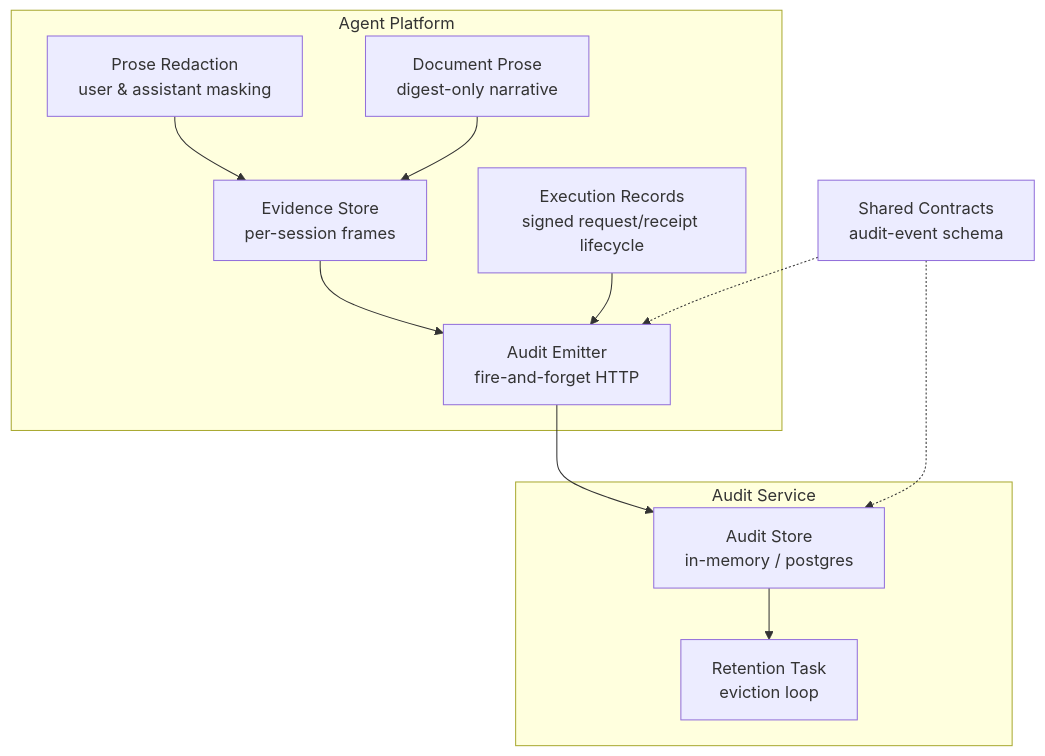
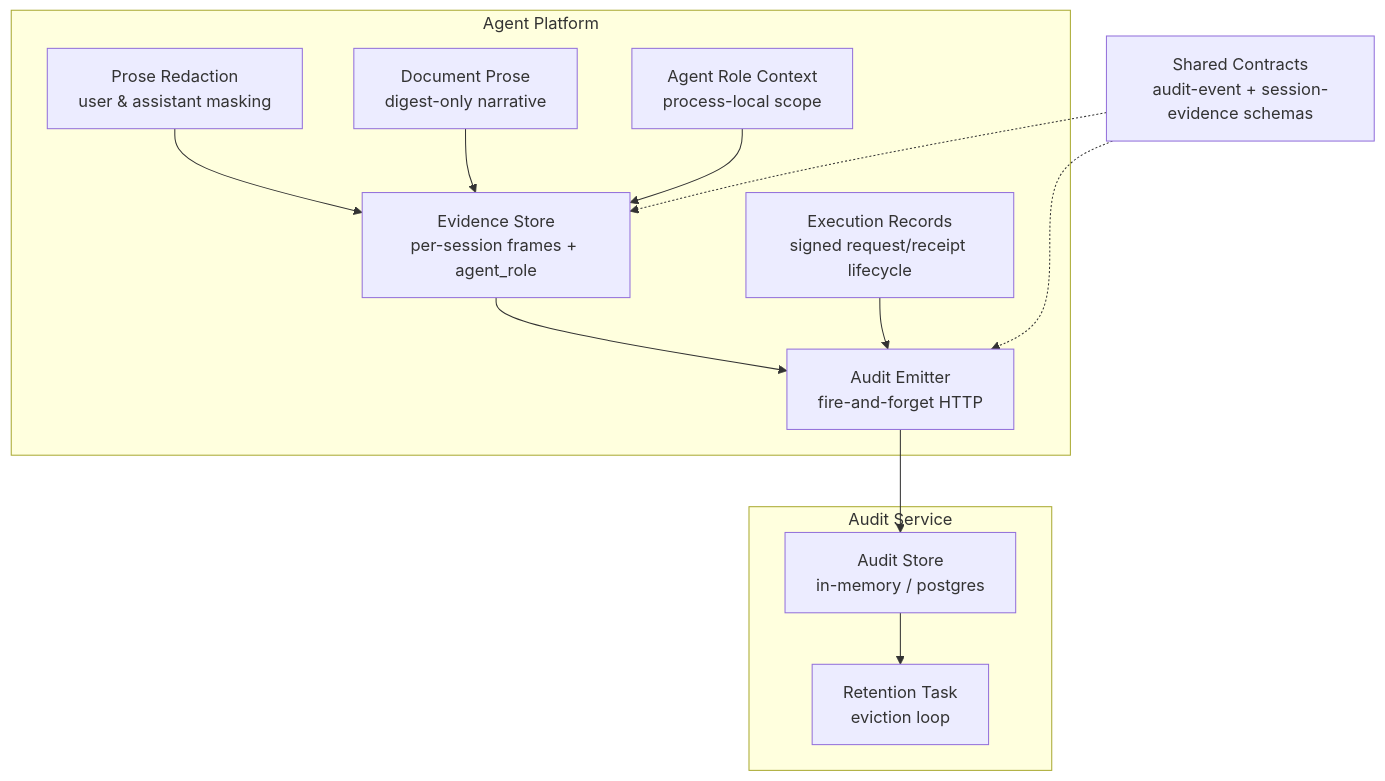
Before and after one commit to metasync/luban-aiops: the first of 12 diagrams in .qoder/repowiki/en/content/Core Services/Agent Platform/Evidence Storage and Audit Trail.md, drawn with Mermaid. The commit also changed other lines of this file and 219 other files, not shown here.

````diff
--- a/.qoder/repowiki/en/content/Core Services/Agent Platform/Evidence Storage and Audit Trail.md
+++ b/.qoder/repowiki/en/content/Core Services/Agent Platform/Evidence Storage and Audit Trail.md
@@ -42,23 +55,25 @@
 ```mermaid
 graph TB
 subgraph "Agent Platform"
-A["Evidence Store<br/>per-session frames"]
+A["Evidence Store<br/>per-session frames + agent_role"]
 B["Audit Emitter<br/>fire-and-forget HTTP"]
 C["Prose Redaction<br/>user & assistant masking"]
 D["Document Prose<br/>digest-only narrative"]
 E["Execution Records<br/>signed request/receipt lifecycle"]
+F["Agent Role Context<br/>process-local scope"]
 end
 subgraph "Audit Service"
-F["Audit Store<br/>in-memory / postgres"]
-G["Retention Task<br/>eviction loop"]
+G["Audit Store<br/>in-memory / postgres"]
+H["Retention Task<br/>eviction loop"]
 end
-H["Shared Contracts<br/>audit-event schema"]
+I["Shared Contracts<br/>audit-event + session-evidence schemas"]
 A --> B
 C --> A
 D --> A
 E --> B
-B --> F
-F --> G
-H -.-> B
-H -.-> F
+F --> A
+B --> G
+G --> H
+I -.-> B
+I -.-> A
 ```
````
